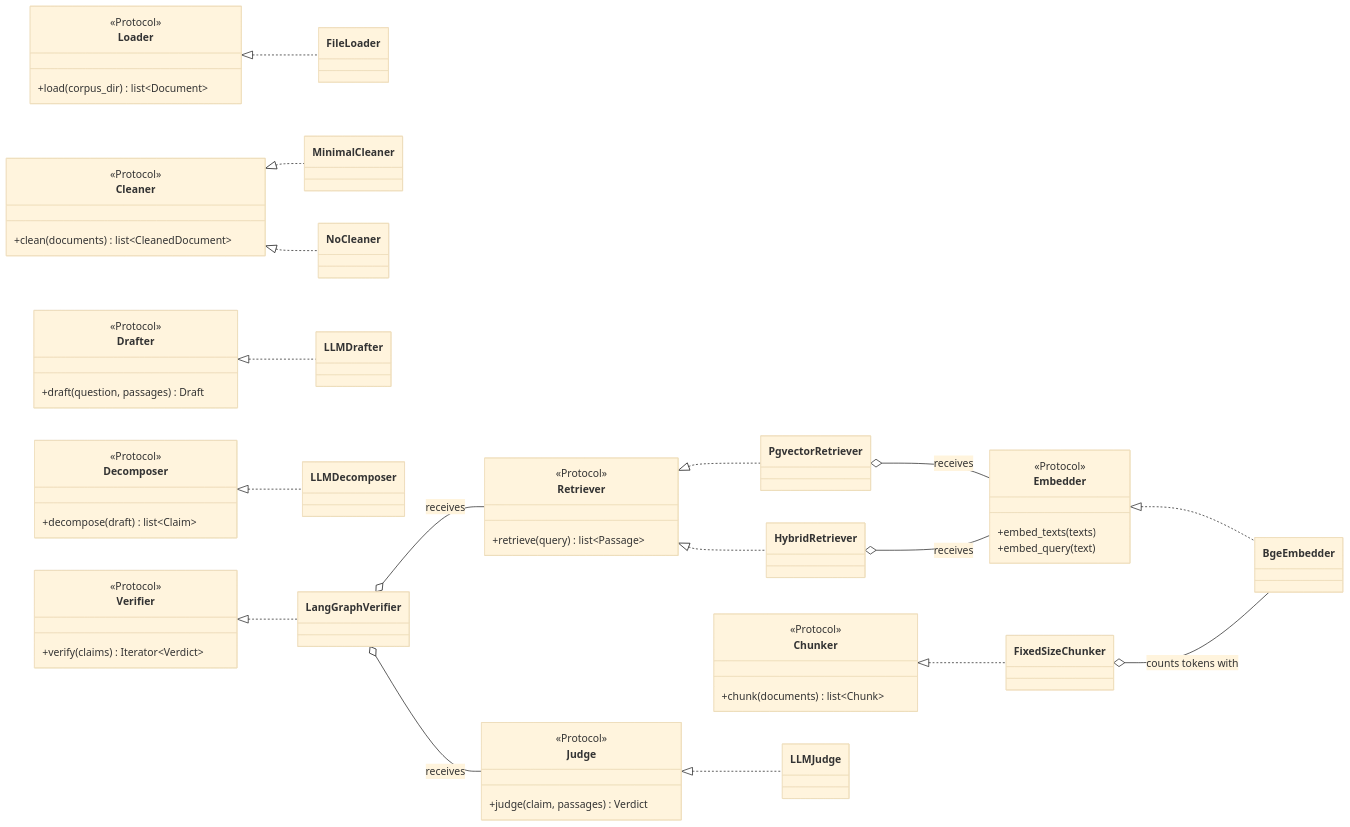
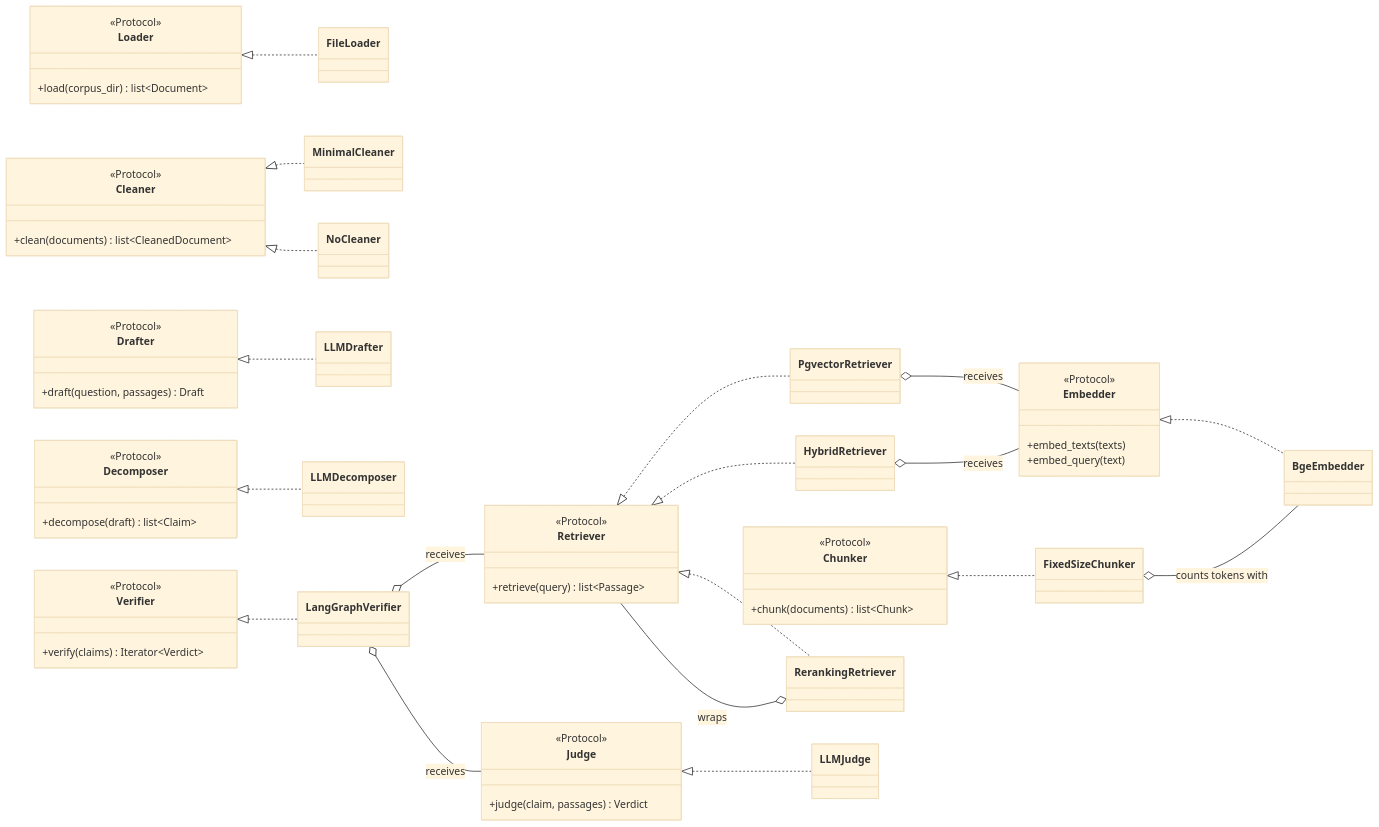
Before and after one commit to Benarbiaa/claim-verify-rag: the fifth of 12 diagrams in docs/design.md, drawn with Mermaid (base theme). The commit also changed other lines of this file and 8 other files, not shown here.

````diff
--- a/docs/design.md
+++ b/docs/design.md
@@ -187,59 +187,61 @@
 ```mermaid
 classDiagram
     direction LR
     class Loader {
         <<Protocol>>
         +load(corpus_dir) list~Document~
     }
     class Cleaner {
         <<Protocol>>
         +clean(documents) list~CleanedDocument~
     }
     class Chunker {
         <<Protocol>>
         +chunk(documents) list~Chunk~
     }
     class Embedder {
         <<Protocol>>
         +embed_texts(texts)
         +embed_query(text)
     }
     class Retriever {
         <<Protocol>>
         +retrieve(query) list~Passage~
     }
     class Drafter {
         <<Protocol>>
         +draft(question, passages) Draft
     }
     class Decomposer {
         <<Protocol>>
         +decompose(draft) list~Claim~
     }
     class Judge {
         <<Protocol>>
         +judge(claim, passages) Verdict
     }
     class Verifier {
         <<Protocol>>
         +verify(claims) Iterator~Verdict~
     }
 
     Loader <|.. FileLoader
     Cleaner <|.. MinimalCleaner
     Cleaner <|.. NoCleaner
     Chunker <|.. FixedSizeChunker
     Embedder <|.. BgeEmbedder
     Retriever <|.. PgvectorRetriever
     Retriever <|.. HybridRetriever
+    Retriever <|.. RerankingRetriever
     Drafter <|.. LLMDrafter
     Decomposer <|.. LLMDecomposer
     Judge <|.. LLMJudge
     Verifier <|.. LangGraphVerifier
 
     PgvectorRetriever o-- Embedder : receives
     HybridRetriever o-- Embedder : receives
+    RerankingRetriever o-- Retriever : wraps
     FixedSizeChunker o-- BgeEmbedder : counts tokens with
     LangGraphVerifier o-- Retriever : receives
     LangGraphVerifier o-- Judge : receives
 ```
````
